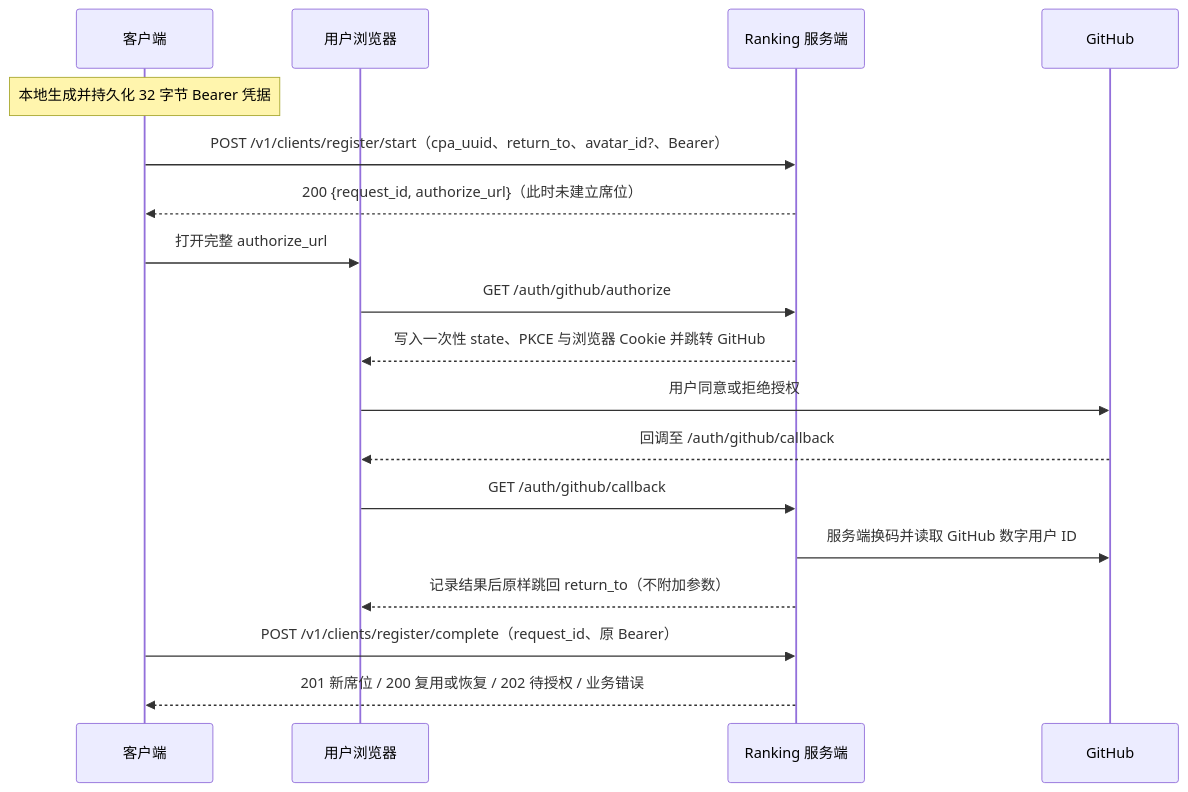
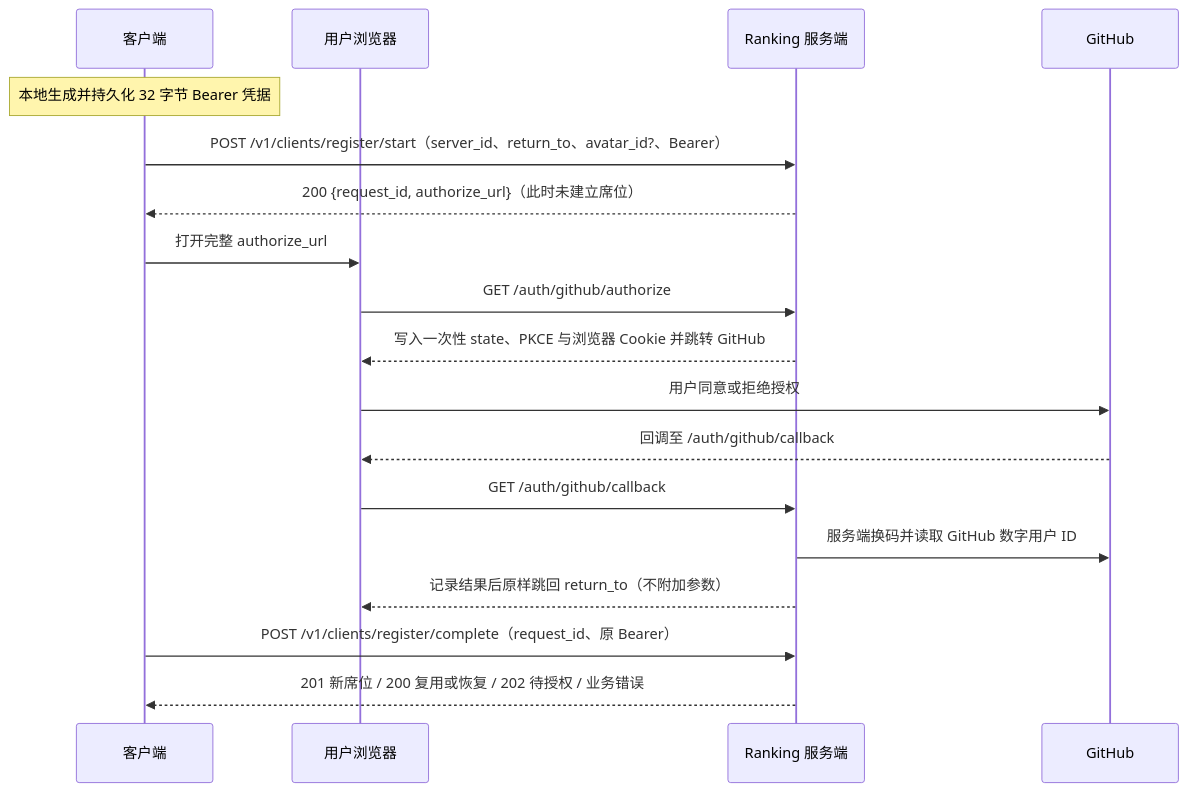
Before and after one commit to router-for-me/cpa-usage-ranking: the first of 2 diagrams in docs/integration.zh.md, drawn with Mermaid. The commit also changed other lines of this file and 9 other files, not shown here.

Commit message:
docs: rename cpa_uuid to server_id and document CPA server-id source

````diff
--- a/docs/integration.zh.md
+++ b/docs/integration.zh.md
@@ -45,20 +45,20 @@
 ```mermaid
 sequenceDiagram
     participant C as 客户端
     participant B as 用户浏览器
     participant R as Ranking 服务端
     participant G as GitHub
     Note over C: 本地生成并持久化 32 字节 Bearer 凭据
-    C->>R: POST /v1/clients/register/start（cpa_uuid、return_to、avatar_id?、Bearer）
+    C->>R: POST /v1/clients/register/start（server_id、return_to、avatar_id?、Bearer）
     R-->>C: 200 {request_id, authorize_url}（此时未建立席位）
     C->>B: 打开完整 authorize_url
     B->>R: GET /auth/github/authorize
     R-->>B: 写入一次性 state、PKCE 与浏览器 Cookie 并跳转 GitHub
     B->>G: 用户同意或拒绝授权
     G-->>B: 回调至 /auth/github/callback
     B->>R: GET /auth/github/callback
     R->>G: 服务端换码并读取 GitHub 数字用户 ID
     R-->>B: 记录结果后原样跳回 return_to（不附加参数）
     C->>R: POST /v1/clients/register/complete（request_id、原 Bearer）
     R-->>C: 201 新席位 / 200 复用或恢复 / 202 待授权 / 业务错误
 ```
````
